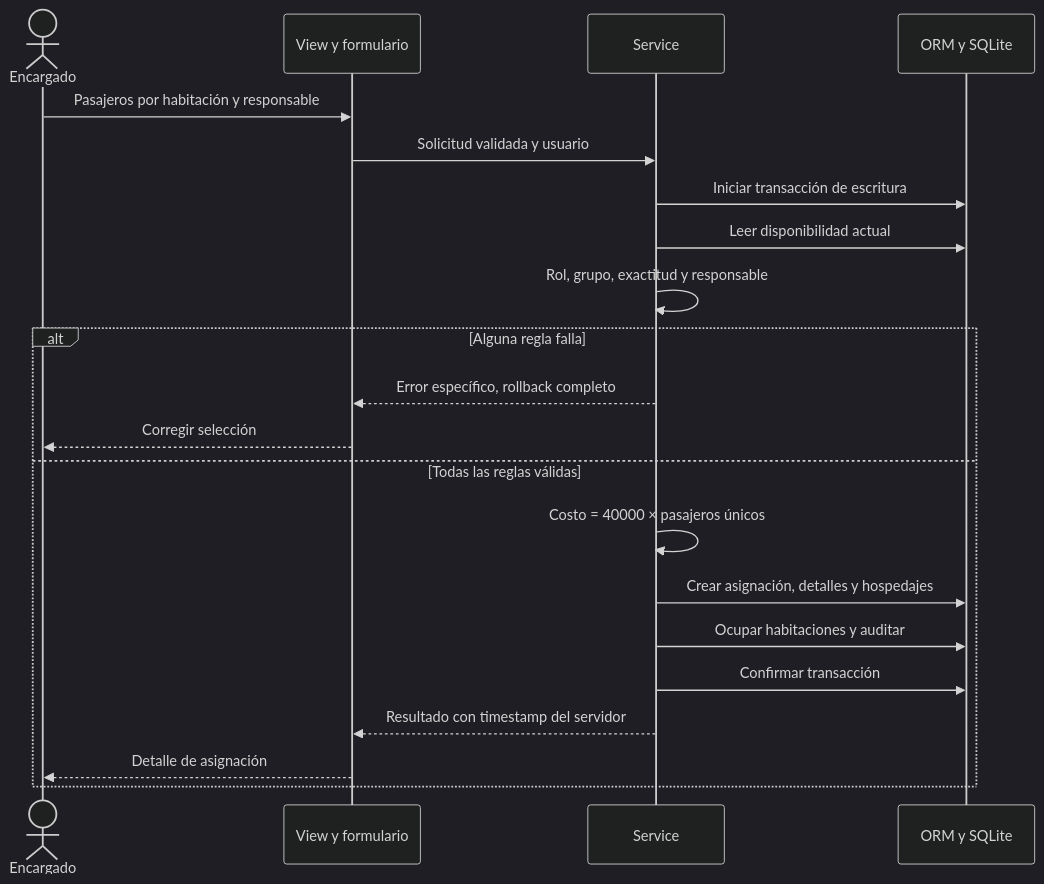
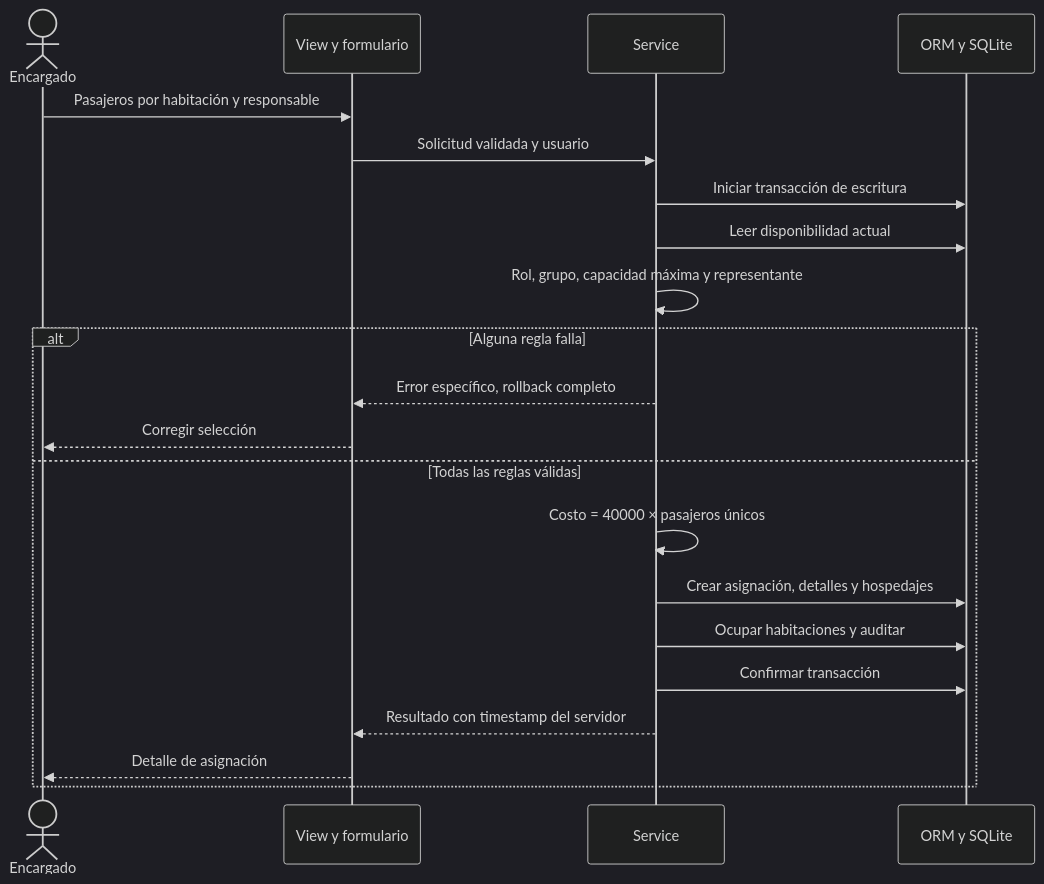
One commit to blesstyv/Hotel_Duerme_Bien changed the third of 3 diagrams in docs/ARQUITECTURA.md. Above: the diagram before and after it, drawn with Mermaid (dark theme). The commit also changed other lines of this file and 23 other files, not shown here.

````diff
--- a/docs/ARQUITECTURA.md
+++ b/docs/ARQUITECTURA.md
@@ -48,23 +48,23 @@
 ```mermaid
 sequenceDiagram
     actor E as Encargado
     participant V as View y formulario
     participant S as Service
     participant DB as ORM y SQLite
     E->>V: Pasajeros por habitación y responsable
     V->>S: Solicitud validada y usuario
     S->>DB: Iniciar transacción de escritura
     S->>DB: Leer disponibilidad actual
-    S->>S: Rol, grupo, exactitud y responsable
+    S->>S: Rol, grupo, capacidad máxima y representante
     alt Alguna regla falla
         S-->>V: Error específico, rollback completo
         V-->>E: Corregir selección
     else Todas las reglas válidas
         S->>S: Costo = 40000 × pasajeros únicos
         S->>DB: Crear asignación, detalles y hospedajes
         S->>DB: Ocupar habitaciones y auditar
         S->>DB: Confirmar transacción
         S-->>V: Resultado con timestamp del servidor
         V-->>E: Detalle de asignación
     end
 ```
````
